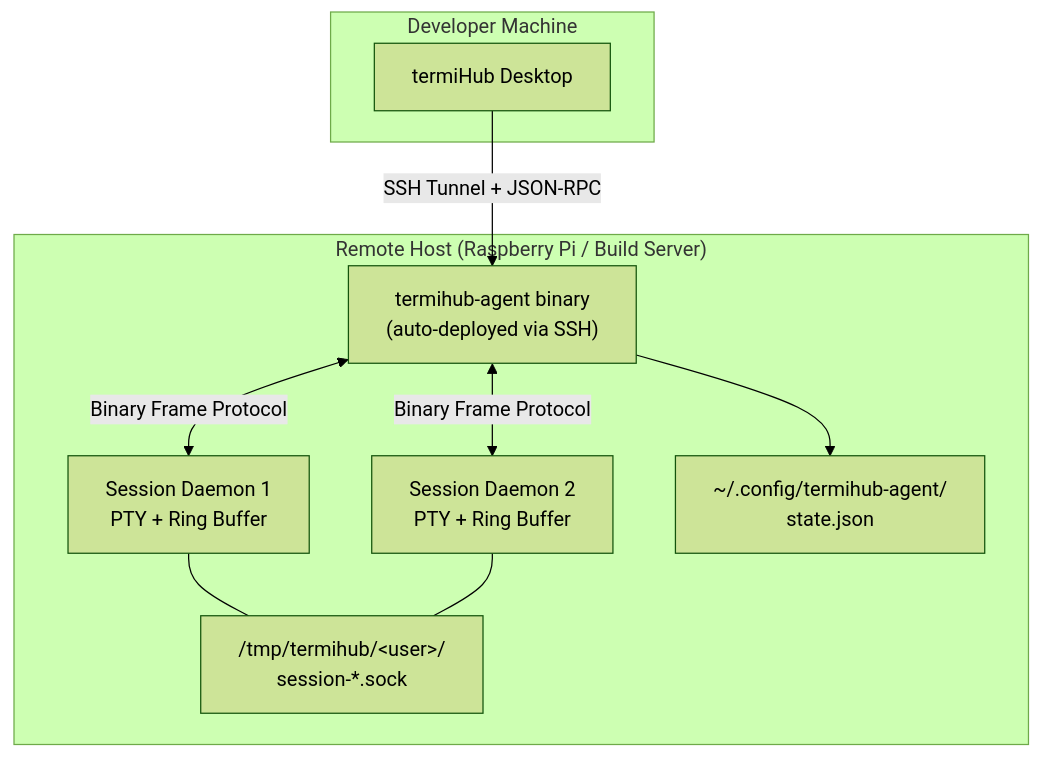
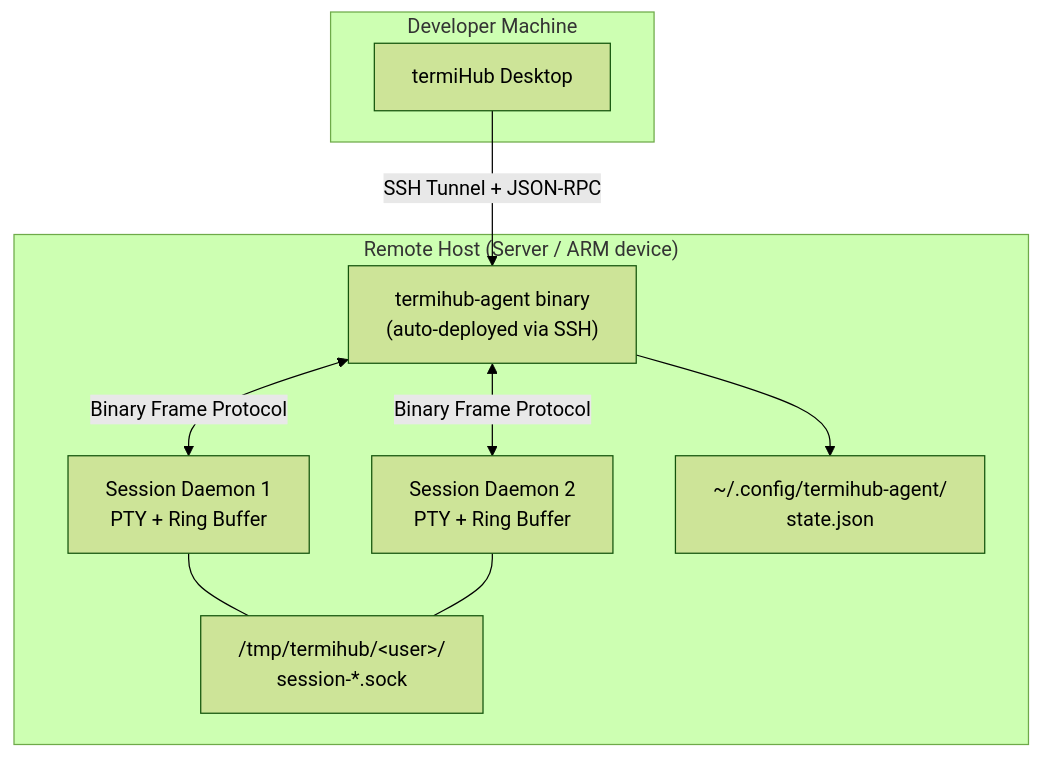
Before and after one commit to armaxri/termiHub: diagram 19 of 23 in docs/architecture.md, drawn with Mermaid (forest theme). The commit also changed other lines of this file and 8 other files, not shown here.

````diff
--- a/docs/architecture.md
+++ b/docs/architecture.md
@@ -851,21 +851,21 @@
 ```mermaid
 graph TB
     subgraph "Developer Machine"
         APP[termiHub Desktop]
     end
 
-    subgraph "Remote Host (Raspberry Pi / Build Server)"
+    subgraph "Remote Host (Server / ARM device)"
         AGENT["termihub-agent binary<br/>(auto-deployed via SSH)"]
         SD1[Session Daemon 1<br/>PTY + Ring Buffer]
         SD2[Session Daemon 2<br/>PTY + Ring Buffer]
         STATE["~/.config/termihub-agent/<br/>state.json"]
         SOCKETS["/tmp/termihub/&lt;user&gt;/<br/>session-*.sock"]
     end
 
     APP -->|SSH Tunnel + JSON-RPC| AGENT
     AGENT <-->|Binary Frame Protocol| SD1
     AGENT <-->|Binary Frame Protocol| SD2
     AGENT --> STATE
     SD1 --- SOCKETS
     SD2 --- SOCKETS
 ```
````
